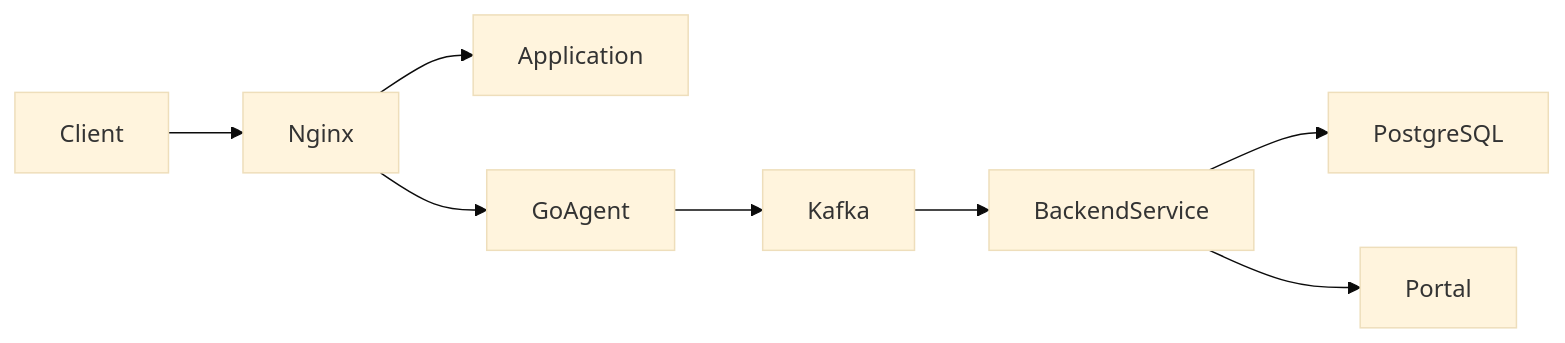
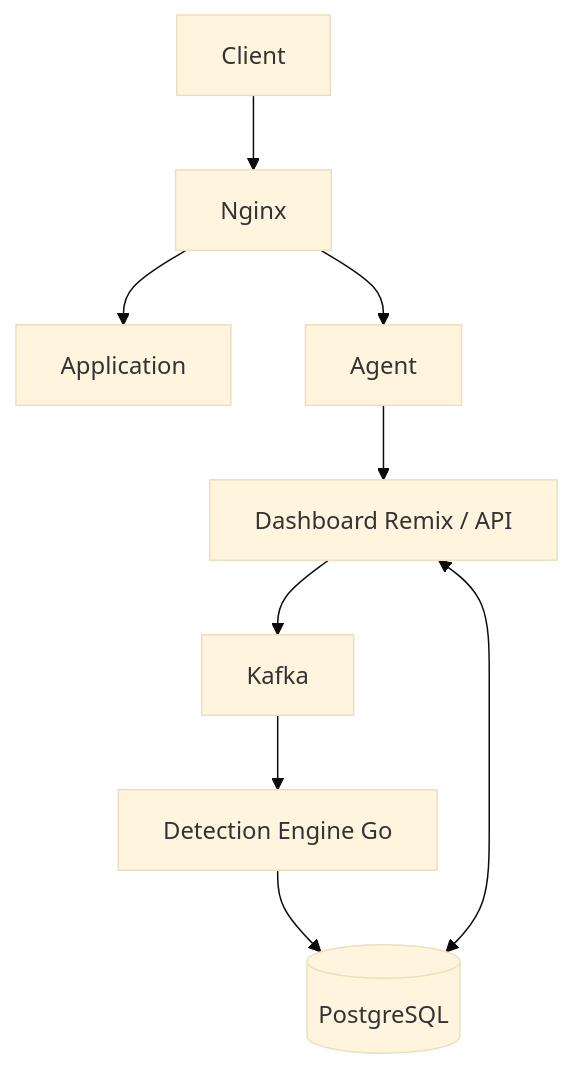
Before and after one commit to liquedgit/sentinel-flow: the diagram in docs/docs/project-overview.md, drawn with Mermaid (base theme). The commit also changed other lines of this file and 6 other files, not shown here.

````diff
--- a/docs/docs/project-overview.md
+++ b/docs/docs/project-overview.md
@@ -19,9 +19,11 @@
 ```mermaid
-flowchart LR
-    Client --> Nginx --> Application
-    Nginx --> GoAgent
-    GoAgent --> Kafka
-    Kafka --> BackendService
-    BackendService --> PostgreSQL
-    BackendService --> Portal
+flowchart TB
+    Client --> Nginx
+    Nginx --> Application
+    Nginx --> Agent
+    Agent --> Dashboard[Dashboard Remix / API]
+    Dashboard --> Kafka
+    Kafka --> DetectionEngine[Detection Engine Go]
+    DetectionEngine --> PostgreSQL[(PostgreSQL)]
+    Dashboard <--> PostgreSQL
 ```
````
